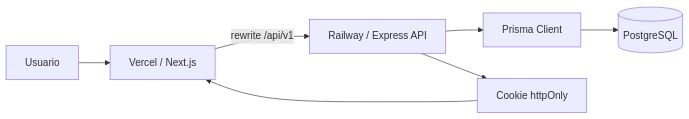
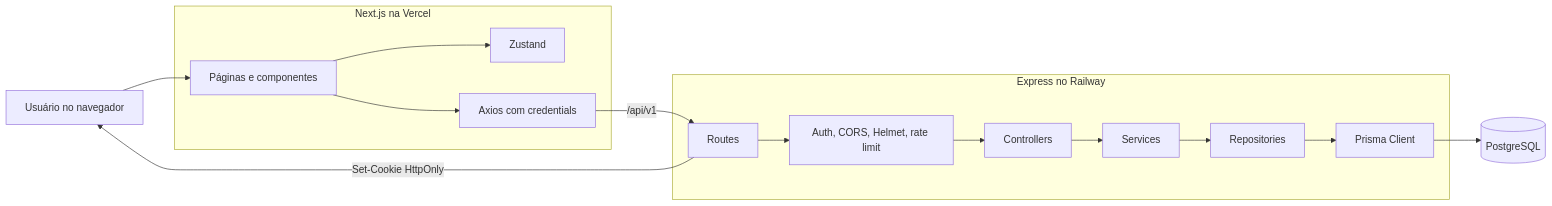
Before and after one commit to 4r7hur9/Mini-CRM-Leads: the first of 5 diagrams in README.md, drawn with Mermaid. The commit also changed other lines of this file and 5 other files, not shown here.

````diff
--- a/README.md
+++ b/README.md
@@ -226,9 +256,28 @@
 ```mermaid
 flowchart LR
-  U[Usuario] --> V[Vercel / Next.js]
-  V -->|rewrite /api/v1| A[Railway / Express API]
-  A --> P[Prisma Client]
-  P --> D[(PostgreSQL)]
-  A --> C[Cookie httpOnly]
-  C --> V
+  User[Usuário no navegador]
+
+  subgraph Frontend[Next.js na Vercel]
+    UI[Páginas e componentes]
+    Store[Zustand]
+    APIClient[Axios com credentials]
+  end
+
+  subgraph Backend[Express no Railway]
+    Routes[Routes]
+    Middlewares[Auth, CORS, Helmet, rate limit]
+    Controllers[Controllers]
+    Services[Services]
+    Repositories[Repositories]
+    Prisma[Prisma Client]
+  end
+
+  DB[(PostgreSQL)]
+
+  User --> UI
+  UI --> Store
+  UI --> APIClient
+  APIClient -->|/api/v1| Routes
+  Routes --> Middlewares --> Controllers --> Services --> Repositories --> Prisma --> DB
+  Routes -->|Set-Cookie HttpOnly| User
 ```
````
